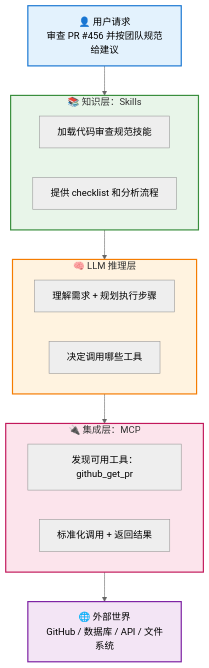
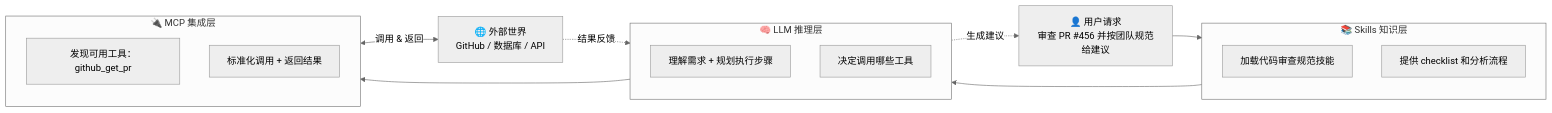
The fourth of 5 diagrams in note/11.ai/training/lession1/README.md (wb04307201/wb04307201), drawn with Mermaid (neutral theme) before and after one commit. The commit also changed other lines of this file and 2 other files, not shown here.

````diff
--- a/note/11.ai/training/lession1/README.md
+++ b/note/11.ai/training/lession1/README.md
@@ -330,41 +296,28 @@
 ```mermaid
-flowchart TB
+flowchart LR
     User["👤 用户请求<br/>审查 PR #456 并按团队规范给建议"]
-    
-    subgraph Knowledge["📚 知识层：Skills"]
-        direction LR
+
+    subgraph KnowledgeLayer["📚 Skills 知识层"]
         K1["加载代码审查规范技能"]
         K2["提供 checklist 和分析流程"]
     end
-    
-    subgraph LLM["🧠 LLM 推理层"]
-        direction LR
+
+    subgraph LLMLayer["🧠 LLM 推理层"]
         L1["理解需求 + 规划执行步骤"]
         L2["决定调用哪些工具"]
     end
-    
-    subgraph MCP["🔌 集成层：MCP"]
-        direction LR
+
+    subgraph MCPLayer["🔌 MCP 集成层"]
         M1["发现可用工具：github_get_pr"]
         M2["标准化调用 + 返回结果"]
     end
-    
-    External["🌐 外部世界<br/>GitHub / 数据库 / API / 文件系统"]
-    
-    User --> Knowledge
-    Knowledge --> LLM
-    LLM --> MCP
-    MCP --> External
-    
-    classDef user fill:#e3f2fd,stroke:#1976d2,stroke-width:2px
-    classDef knowledge fill:#e8f5e9,stroke:#388e3c,stroke-width:2px
-    classDef llm fill:#fff3e0,stroke:#f57c00,stroke-width:2px
-    classDef mcp fill:#fce4ec,stroke:#c2185b,stroke-width:2px
-    classDef external fill:#f3e5f5,stroke:#7b1fa2,stroke-width:2px
-    
-    class User user
-    class Knowledge knowledge
-    class LLM llm
-    class MCP mcp
-    class External external
+
+    External["🌐 外部世界<br/>GitHub / 数据库 / API"]
+
+    User --> KnowledgeLayer
+    KnowledgeLayer --> LLMLayer
+    LLMLayer --> MCPLayer
+    MCPLayer <-->|"调用 & 返回"| External
+    External -.->|"结果反馈"| LLMLayer
+    LLMLayer -.->|"生成建议"| User
 ```
````
